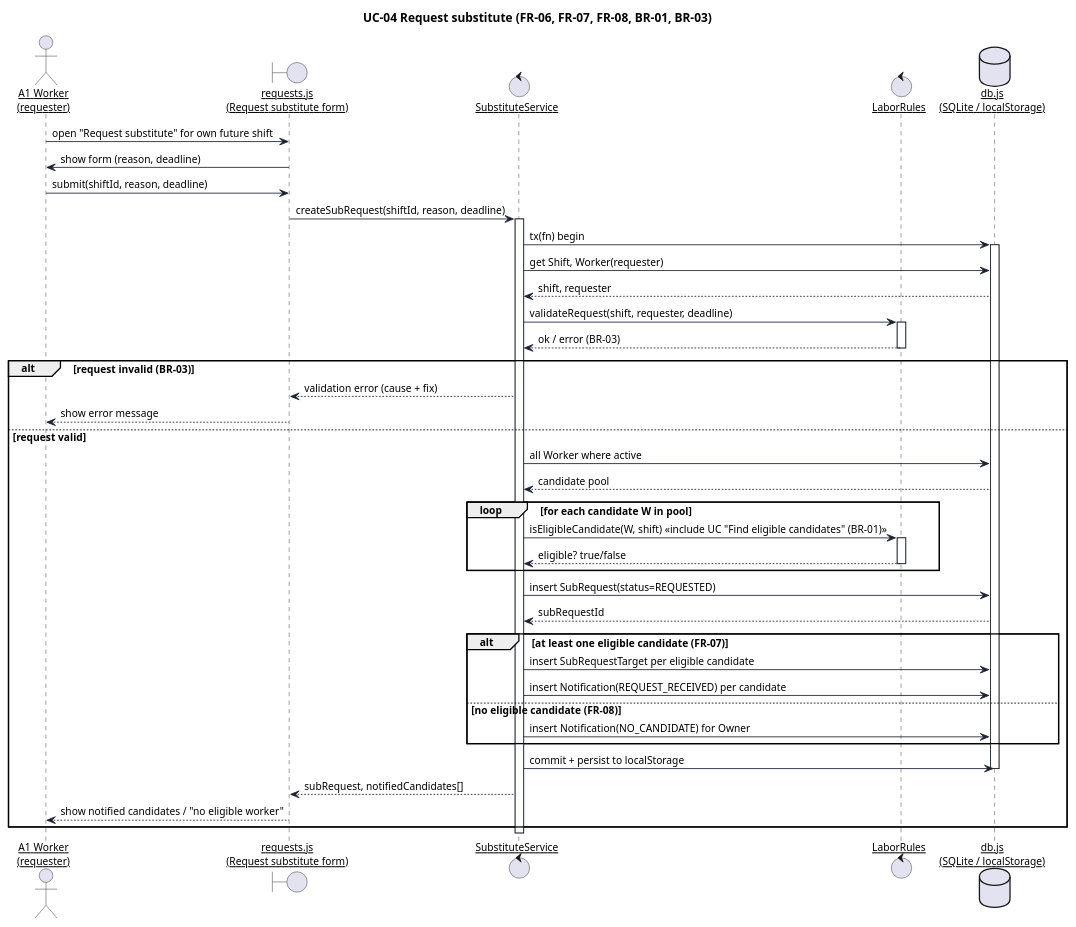
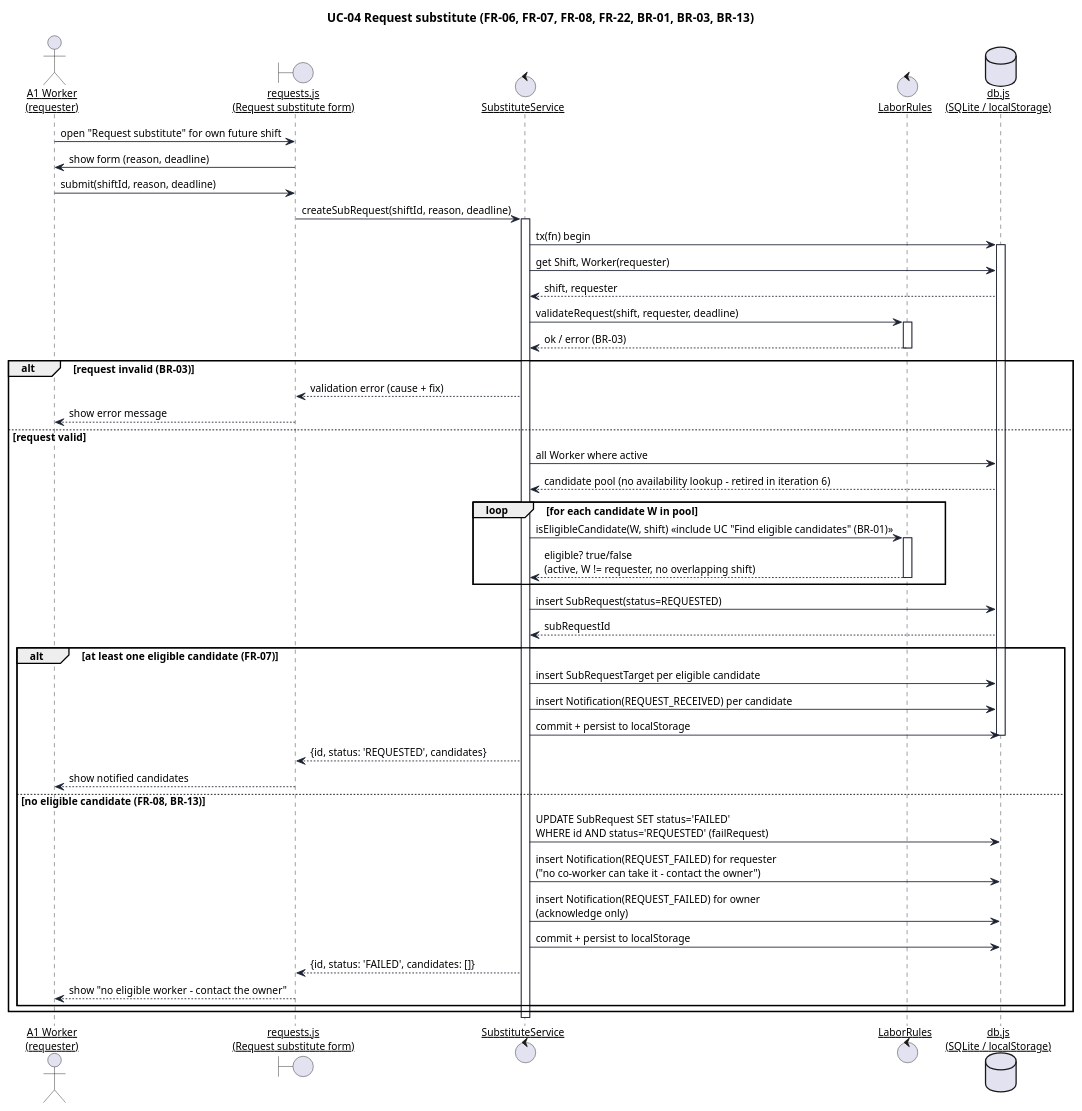
One commit to keemlogan/shiftswap changed the diagram in uml/src/seq-1-request.puml. Above: the diagram before and after it, drawn with PlantUML. The commit also changed 113 other files, not shown here.

Commit message:
Iteration 6: availability removed, can't answer and FAILED ending; Korean display names; 84 tests, check 128/128; docs, UML and deck updated

```diff
--- a/uml/src/seq-1-request.puml
+++ b/uml/src/seq-1-request.puml
@@ -1,72 +1,77 @@
 @startuml seq-1-request
 skinparam defaultFontName "Helvetica"
 skinparam defaultFontSize 12
 skinparam shadowing false
 skinparam backgroundColor #FFFFFF
 skinparam sequenceArrowThickness 1
 skinparam sequenceParticipant underline
 skinparam participant {
   BackgroundColor #FFFFFF
   BorderColor #1C2230
 }
 skinparam sequence {
   LifeLineBorderColor #1C2230
   ArrowColor #1C2230
   BoxBorderColor #1C2230
 }
 
-title UC-04 Request substitute (FR-06, FR-07, FR-08, BR-01, BR-03)
+title UC-04 Request substitute (FR-06, FR-07, FR-08, FR-22, BR-01, BR-03, BR-13)
 
 actor "A1 Worker\n(requester)" as Worker
 boundary "requests.js\n(Request substitute form)" as UI
 control "SubstituteService" as Svc
 control "LaborRules" as Rules
 database "db.js\n(SQLite / localStorage)" as DB
 
 Worker -> UI : open "Request substitute" for own future shift
 UI -> Worker : show form (reason, deadline)
 Worker -> UI : submit(shiftId, reason, deadline)
 UI -> Svc : createSubRequest(shiftId, reason, deadline)
 
 activate Svc
 Svc -> DB : tx(fn) begin
 activate DB
 Svc -> DB : get Shift, Worker(requester)
 DB --> Svc : shift, requester
 
 Svc -> Rules : validateRequest(shift, requester, deadline)
 activate Rules
 Rules --> Svc : ok / error (BR-03)
 deactivate Rules
 
 alt request invalid (BR-03)
   Svc --> UI : validation error (cause + fix)
   UI --> Worker : show error message
 else request valid
   Svc -> DB : all Worker where active
-  DB --> Svc : candidate pool
+  DB --> Svc : candidate pool (no availability lookup - retired in iteration 6)
 
   loop for each candidate W in pool
     Svc -> Rules : isEligibleCandidate(W, shift) <<include UC "Find eligible candidates" (BR-01)>>
     activate Rules
-    Rules --> Svc : eligible? true/false
+    Rules --> Svc : eligible? true/false\n(active, W != requester, no overlapping shift)
     deactivate Rules
   end
 
   Svc -> DB : insert SubRequest(status=REQUESTED)
   DB --> Svc : subRequestId
 
   alt at least one eligible candidate (FR-07)
     Svc -> DB : insert SubRequestTarget per eligible candidate
     Svc -> DB : insert Notification(REQUEST_RECEIVED) per candidate
-  else no eligible candidate (FR-08)
-    Svc -> DB : insert Notification(NO_CANDIDATE) for Owner
+    Svc -> DB : commit + persist to localStorage
+    deactivate DB
+    Svc --> UI : {id, status: 'REQUESTED', candidates}
+    UI --> Worker : show notified candidates
+  else no eligible candidate (FR-08, BR-13)
+    Svc -> DB : UPDATE SubRequest SET status='FAILED'\nWHERE id AND status='REQUESTED' (failRequest)
+    Svc -> DB : insert Notification(REQUEST_FAILED) for requester\n("no co-worker can take it - contact the owner")
+    Svc -> DB : insert Notification(REQUEST_FAILED) for owner\n(acknowledge only)
+    Svc -> DB : commit + persist to localStorage
+    deactivate DB
+    Svc --> UI : {id, status: 'FAILED', candidates: []}
+    UI --> Worker : show "no eligible worker - contact the owner"
   end
-
-  Svc -> DB : commit + persist to localStorage
-  deactivate DB
-  Svc --> UI : subRequest, notifiedCandidates[]
-  UI --> Worker : show notified candidates / "no eligible worker"
 end
 deactivate Svc
 @enduml
```
